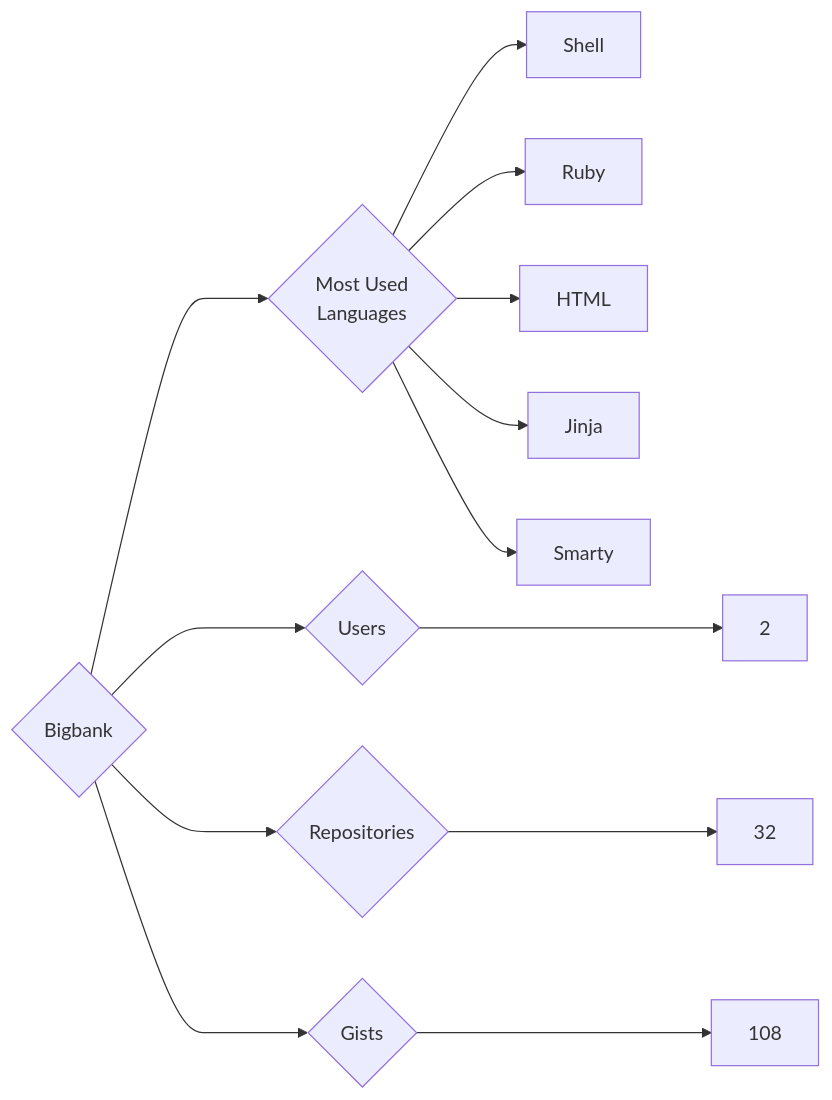
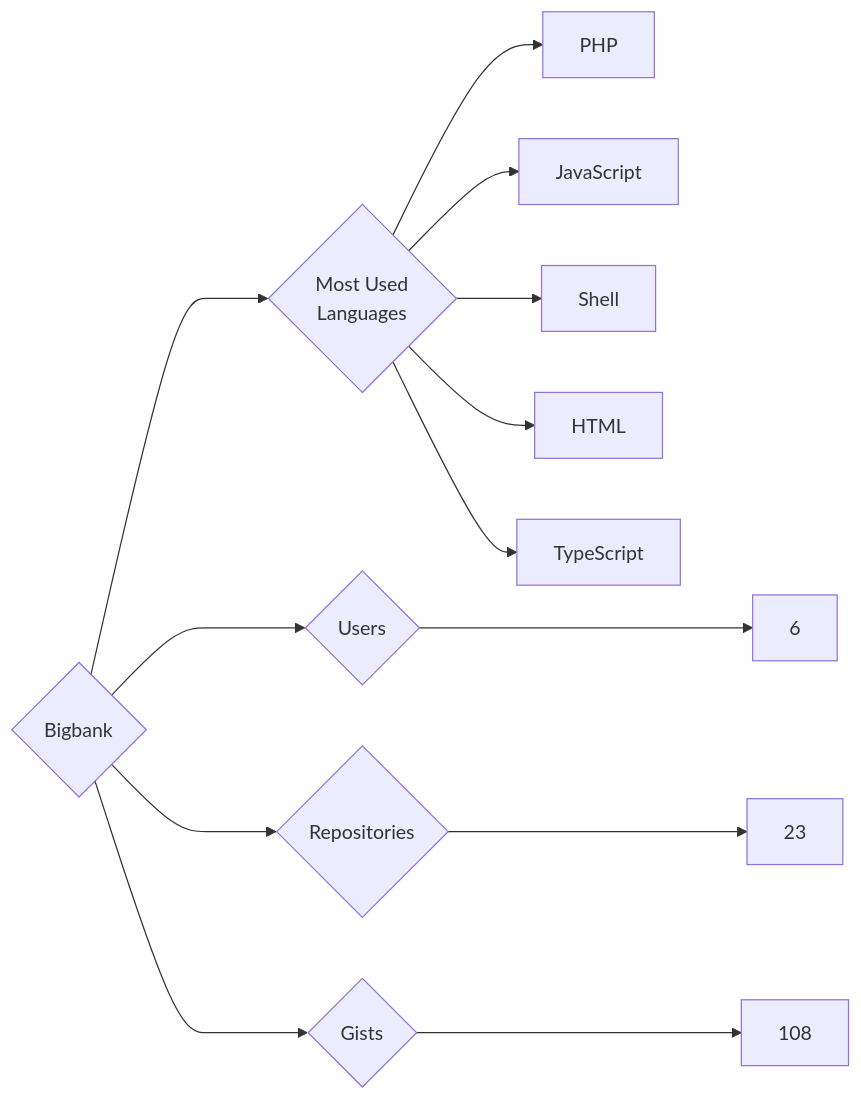
The diagram in targets/Bigbank/README.md (trickest/insiders), drawn with Mermaid before and after one commit. The commit also changed 676 other files, not shown here.

````diff
--- a/targets/Bigbank/README.md
+++ b/targets/Bigbank/README.md
@@ -3,13 +3,13 @@
 ```mermaid
 graph LR
 COMPANY_NAME{Bigbank}
-COMPANY_NAME ---> U{Users} ---> UN[2]
-COMPANY_NAME ---> R{Repositories} ---> RN[32]
+COMPANY_NAME ---> U{Users} ---> UN[6]
+COMPANY_NAME ---> R{Repositories} ---> RN[23]
 COMPANY_NAME ---> G{Gists} ---> GN[108]
 COMPANY_NAME ---> ML{Most Used<br>Languages}
+ML --> PHP[PHP]
+ML --> JavaScript[JavaScript]
 ML --> Shell[Shell]
-ML --> Ruby[Ruby]
 ML --> HTML[HTML]
-ML --> Jinja[Jinja]
-ML --> Smarty[Smarty]
+ML --> TypeScript[TypeScript]
 ```
````
